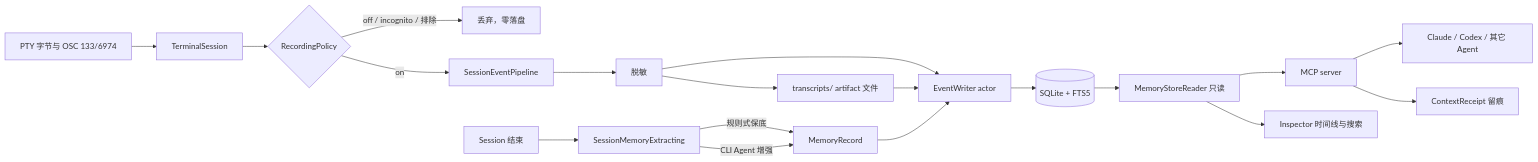
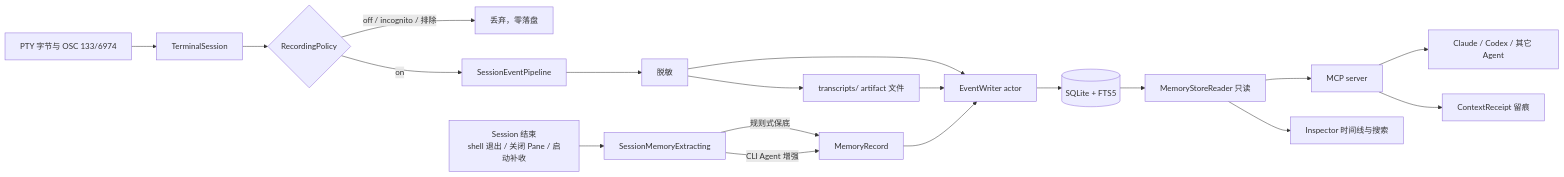
The diagram in docs/developer/session-memory-domain.md (rambocode/aster), drawn with Mermaid before and after one commit. The commit also changed other lines of this file and 21 other files, not shown here.

````diff
--- a/docs/developer/session-memory-domain.md
+++ b/docs/developer/session-memory-domain.md
@@ -65,21 +65,21 @@
 ```mermaid
 flowchart LR
   A[PTY 字节与 OSC 133/6974] --> B[TerminalSession]
   B --> C{RecordingPolicy}
   C -->|off / incognito / 排除| D[丢弃，零落盘]
   C -->|on| E[SessionEventPipeline]
   E --> F[脱敏]
   F --> G[EventWriter actor]
   G --> H[(SQLite + FTS5)]
   F --> I[transcripts/ artifact 文件]
   I --> G
-  J[Session 结束] --> K[SessionMemoryExtracting]
+  J[Session 结束<br/>shell 退出 / 关闭 Pane / 启动补收] --> K[SessionMemoryExtracting]
   K -->|规则式保底| L[MemoryRecord]
   K -->|CLI Agent 增强| L
   L --> G
   H --> M[MemoryStoreReader 只读]
   M --> N[MCP server]
   M --> O[Inspector 时间线与搜索]
   N --> P[Claude / Codex / 其它 Agent]
   N --> Q[ContextReceipt 留痕]
 ```
````
